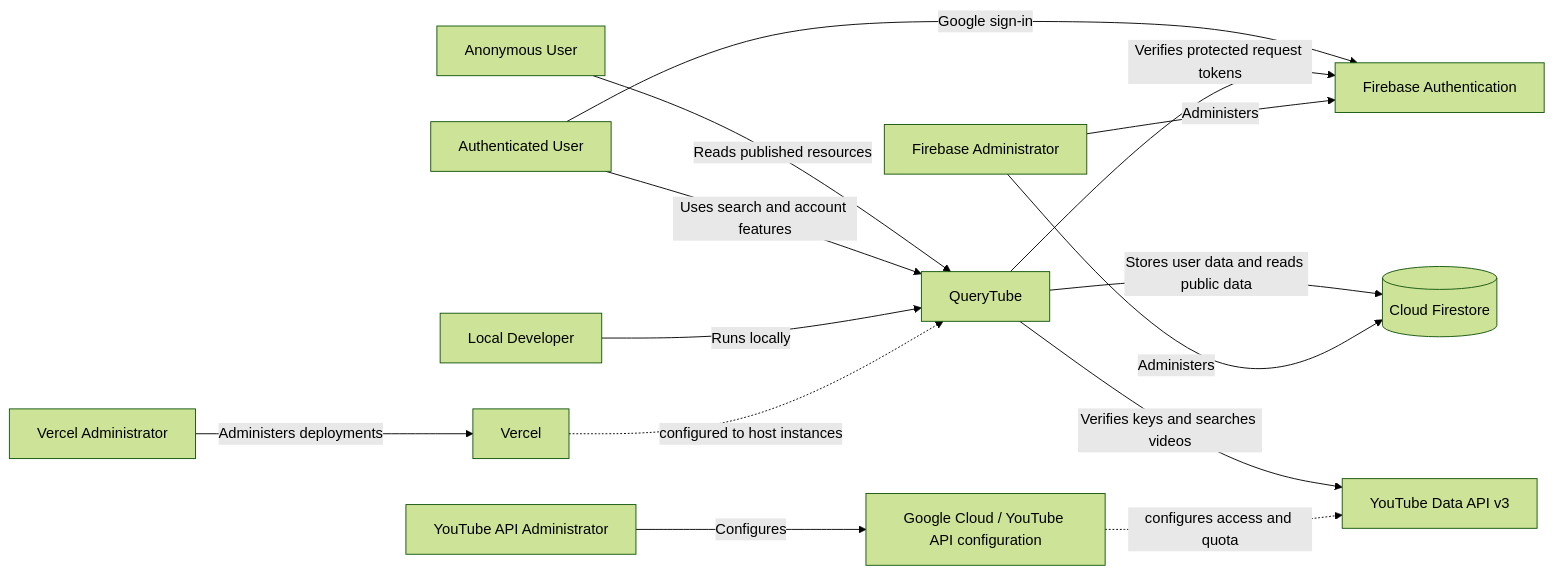
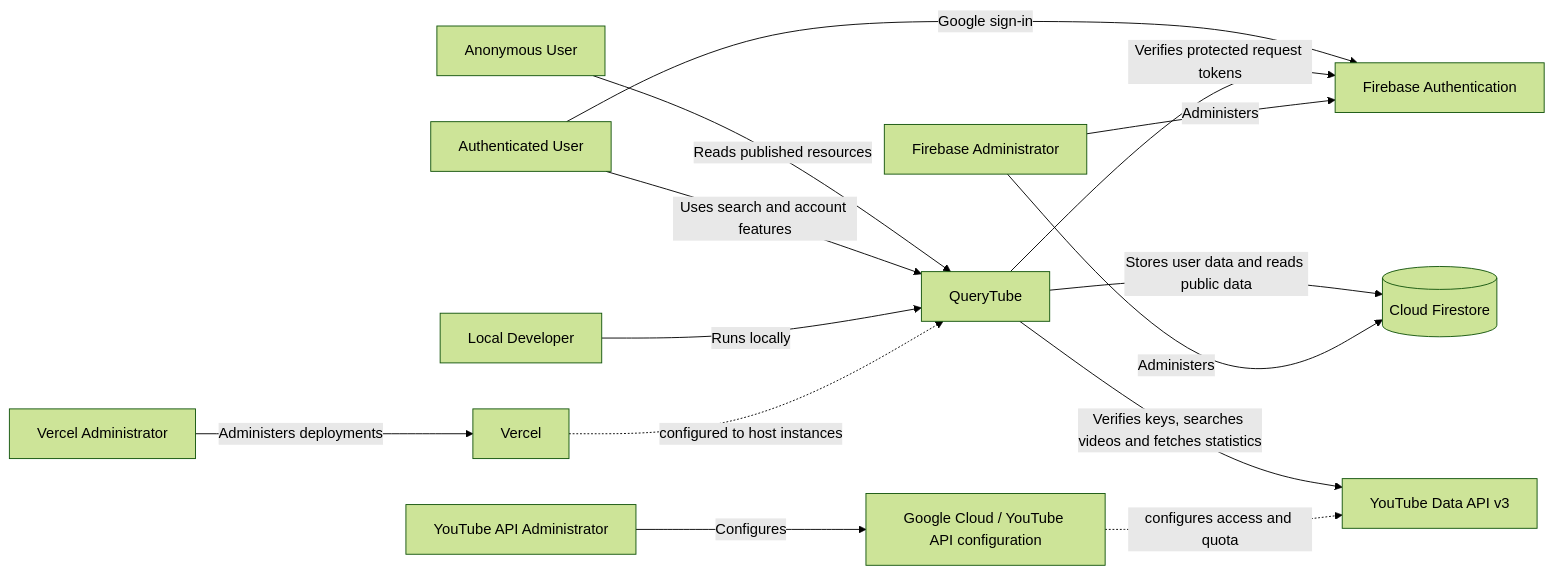
The diagram in docs/architecture/system-view.md (ochowei/querytube), drawn with Mermaid (forest theme) before and after one commit. The commit also changed other lines of this file and 27 other files, not shown here.

Commit message:
Add historical YouTube statistics snapshots to Search Runs

````diff
--- a/docs/architecture/system-view.md
+++ b/docs/architecture/system-view.md
@@ -34,30 +34,30 @@
 ```mermaid
 flowchart LR
   Anonymous[Anonymous User]
   User[Authenticated User]
   Developer[Local Developer]
   FirebaseAdmin[Firebase Administrator]
   YouTubeAdmin[YouTube API Administrator]
   VercelAdmin[Vercel Administrator]
 
   QT[QueryTube]
   FirebaseAuth[Firebase Authentication]
   Firestore[(Cloud Firestore)]
   YouTube[YouTube Data API v3]
   CloudConfig[Google Cloud / YouTube API configuration]
   Vercel[Vercel]
 
   Anonymous -->|Reads published resources| QT
   User -->|Uses search and account features| QT
   User -->|Google sign-in| FirebaseAuth
   QT -->|Verifies protected request tokens| FirebaseAuth
   QT -->|Stores user data and reads public data| Firestore
-  QT -->|Verifies keys and searches videos| YouTube
+  QT -->|Verifies keys, searches videos and fetches statistics| YouTube
   Developer -->|Runs locally| QT
   FirebaseAdmin -->|Administers| FirebaseAuth
   FirebaseAdmin -->|Administers| Firestore
   YouTubeAdmin -->|Configures| CloudConfig
   CloudConfig -. configures access and quota .-> YouTube
   VercelAdmin -->|Administers deployments| Vercel
   Vercel -. configured to host instances .-> QT
 ```
````
